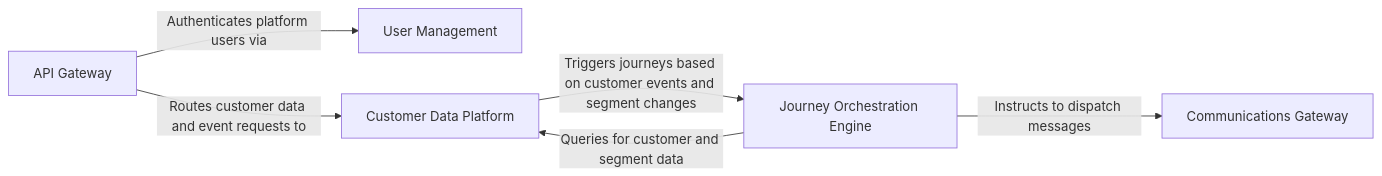
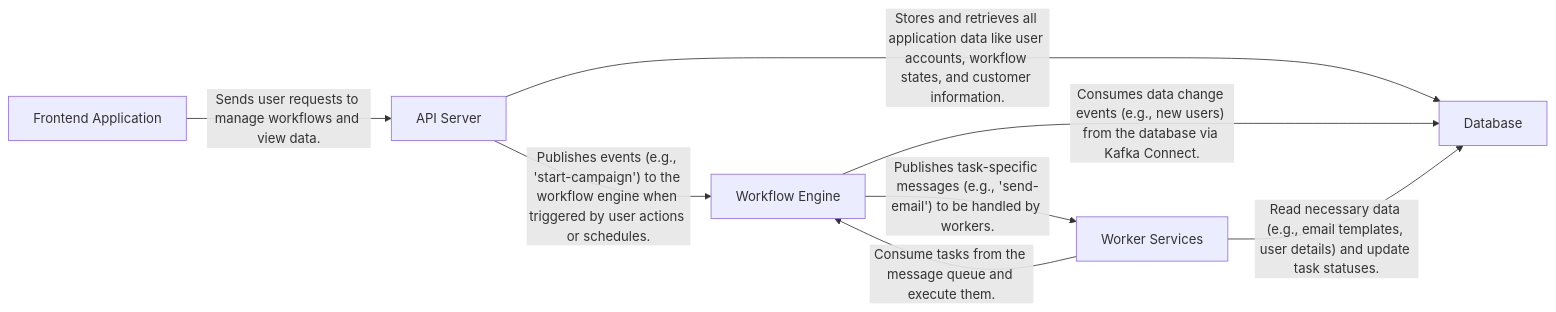
Before and after one commit to CodeBoarding/GeneratedOnBoardings: the diagram in laudspeaker/on_boarding.md, drawn with Mermaid. The commit also changed other lines of this file and 9 other files, not shown here.

````diff
--- a/laudspeaker/on_boarding.md
+++ b/laudspeaker/on_boarding.md
@@ -1,18 +1,19 @@
 ```mermaid
 graph LR
-    API_Gateway["API Gateway"]
-    User_Management["User Management"]
-    Customer_Data_Platform["Customer Data Platform"]
-    Journey_Orchestration_Engine["Journey Orchestration Engine"]
-    Communications_Gateway["Communications Gateway"]
-    API_Gateway -- "Authenticates platform users via" --> User_Management
-    API_Gateway -- "Routes customer data and event requests to" --> Customer_Data_Platform
-    Customer_Data_Platform -- "Triggers journeys based on customer events and segment changes" --> Journey_Orchestration_Engine
-    Journey_Orchestration_Engine -- "Queries for customer and segment data" --> Customer_Data_Platform
-    Journey_Orchestration_Engine -- "Instructs to dispatch messages" --> Communications_Gateway
-    click API_Gateway href "https://github.com/CodeBoarding/GeneratedOnBoardings/blob/main/laudspeaker/API_Gateway.md" "Details"
-    click User_Management href "https://github.com/CodeBoarding/GeneratedOnBoardings/blob/main/laudspeaker/User_Management.md" "Details"
-    click Customer_Data_Platform href "https://github.com/CodeBoarding/GeneratedOnBoardings/blob/main/laudspeaker/Customer_Data_Platform.md" "Details"
-    click Journey_Orchestration_Engine href "https://github.com/CodeBoarding/GeneratedOnBoardings/blob/main/laudspeaker/Journey_Orchestration_Engine.md" "Details"
-    click Communications_Gateway href "https://github.com/CodeBoarding/GeneratedOnBoardings/blob/main/laudspeaker/Communications_Gateway.md" "Details"
+    Frontend_Application["Frontend Application"]
+    API_Server["API Server"]
+    Workflow_Engine["Workflow Engine"]
+    Worker_Services["Worker Services"]
+    Database["Database"]
+    Frontend_Application -- "Sends user requests to manage workflows and view data." --> API_Server
+    API_Server -- "Stores and retrieves all application data like user accounts, workflow states, and customer information." --> Database
+    API_Server -- "Publishes events (e.g., 'start-campaign') to the workflow engine when triggered by user actions or schedules." --> Workflow_Engine
+    Workflow_Engine -- "Consumes data change events (e.g., new users) from the database via Kafka Connect." --> Database
+    Workflow_Engine -- "Publishes task-specific messages (e.g., 'send-email') to be handled by workers." --> Worker_Services
+    Worker_Services -- "Consume tasks from the message queue and execute them." --> Workflow_Engine
+    Worker_Services -- "Read necessary data (e.g., email templates, user details) and update task statuses." --> Database
+    click Frontend_Application href "https://github.com/CodeBoarding/GeneratedOnBoardings/blob/main/laudspeaker/Frontend_Application.md" "Details"
+    click API_Server href "https://github.com/CodeBoarding/GeneratedOnBoardings/blob/main/laudspeaker/API_Server.md" "Details"
+    click Workflow_Engine href "https://github.com/CodeBoarding/GeneratedOnBoardings/blob/main/laudspeaker/Workflow_Engine.md" "Details"
+    click Worker_Services href "https://github.com/CodeBoarding/GeneratedOnBoardings/blob/main/laudspeaker/Worker_Services.md" "Details"
 ```
````
